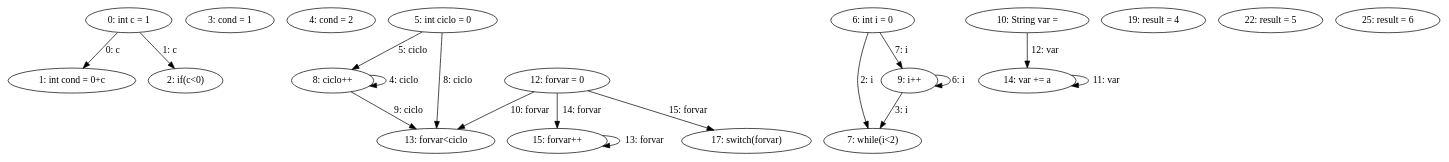
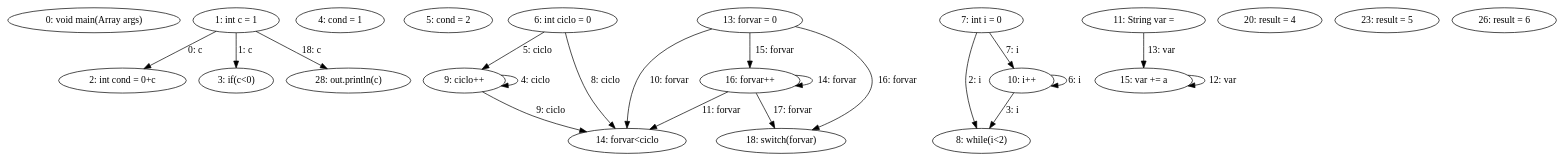
One commit to DominguesGM/comp_astanalyze changed the diagram in export/ast2_dfg.dot. Above: the diagram before and after it, drawn with Graphviz. The commit also changed 25 other files, not shown here.

```diff
--- a/export/ast2_dfg.dot
+++ b/export/ast2_dfg.dot
@@ -1,37 +1,42 @@
 digraph G {
-  1 [ label="0: int c = 1" ];
-  2 [ label="1: int cond = 0+c" ];
-  3 [ label="2: if(c<0)" ];
-  4 [ label="3: cond = 1" ];
-  5 [ label="4: cond = 2" ];
-  6 [ label="5: int ciclo = 0" ];
-  7 [ label="6: int i = 0" ];
-  8 [ label="7: while(i<2)" ];
-  9 [ label="8: ciclo++" ];
-  10 [ label="9: i++" ];
-  11 [ label="10: String var = " ];
-  12 [ label="12: forvar = 0" ];
-  13 [ label="13: forvar<ciclo" ];
-  14 [ label="14: var += a" ];
-  15 [ label="15: forvar++" ];
-  16 [ label="17: switch(forvar)" ];
-  17 [ label="19: result = 4" ];
-  18 [ label="22: result = 5" ];
-  19 [ label="25: result = 6" ];
-  1 -> 2 [ label="0: c" ];
-  1 -> 3 [ label="1: c" ];
-  7 -> 8 [ label="2: i" ];
-  10 -> 8 [ label="3: i" ];
-  9 -> 9 [ label="4: ciclo" ];
-  6 -> 9 [ label="5: ciclo" ];
-  10 -> 10 [ label="6: i" ];
-  7 -> 10 [ label="7: i" ];
-  6 -> 13 [ label="8: ciclo" ];
-  9 -> 13 [ label="9: ciclo" ];
-  12 -> 13 [ label="10: forvar" ];
-  14 -> 14 [ label="11: var" ];
-  11 -> 14 [ label="12: var" ];
-  15 -> 15 [ label="13: forvar" ];
-  12 -> 15 [ label="14: forvar" ];
-  12 -> 16 [ label="15: forvar" ];
+  1 [ label="0: void main(Array args)" ];
+  2 [ label="1: int c = 1" ];
+  3 [ label="2: int cond = 0+c" ];
+  4 [ label="3: if(c<0)" ];
+  5 [ label="4: cond = 1" ];
+  6 [ label="5: cond = 2" ];
+  7 [ label="6: int ciclo = 0" ];
+  8 [ label="7: int i = 0" ];
+  9 [ label="8: while(i<2)" ];
+  10 [ label="9: ciclo++" ];
+  11 [ label="10: i++" ];
+  12 [ label="11: String var = " ];
+  13 [ label="13: forvar = 0" ];
+  14 [ label="14: forvar<ciclo" ];
+  15 [ label="15: var += a" ];
+  16 [ label="16: forvar++" ];
+  17 [ label="18: switch(forvar)" ];
+  18 [ label="20: result = 4" ];
+  19 [ label="23: result = 5" ];
+  20 [ label="26: result = 6" ];
+  21 [ label="28: out.println(c)" ];
+  2 -> 3 [ label="0: c" ];
+  2 -> 4 [ label="1: c" ];
+  8 -> 9 [ label="2: i" ];
+  11 -> 9 [ label="3: i" ];
+  10 -> 10 [ label="4: ciclo" ];
+  7 -> 10 [ label="5: ciclo" ];
+  11 -> 11 [ label="6: i" ];
+  8 -> 11 [ label="7: i" ];
+  7 -> 14 [ label="8: ciclo" ];
+  10 -> 14 [ label="9: ciclo" ];
+  13 -> 14 [ label="10: forvar" ];
+  16 -> 14 [ label="11: forvar" ];
+  15 -> 15 [ label="12: var" ];
+  12 -> 15 [ label="13: var" ];
+  16 -> 16 [ label="14: forvar" ];
+  13 -> 16 [ label="15: forvar" ];
+  13 -> 17 [ label="16: forvar" ];
+  16 -> 17 [ label="17: forvar" ];
+  2 -> 21 [ label="18: c" ];
 }
```
